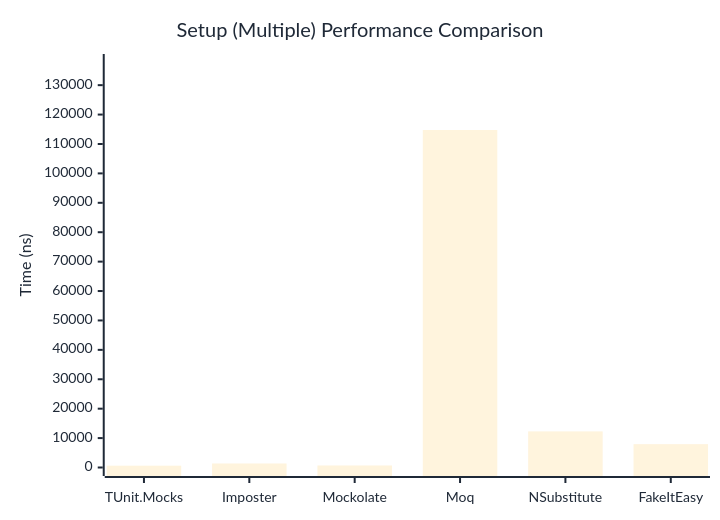
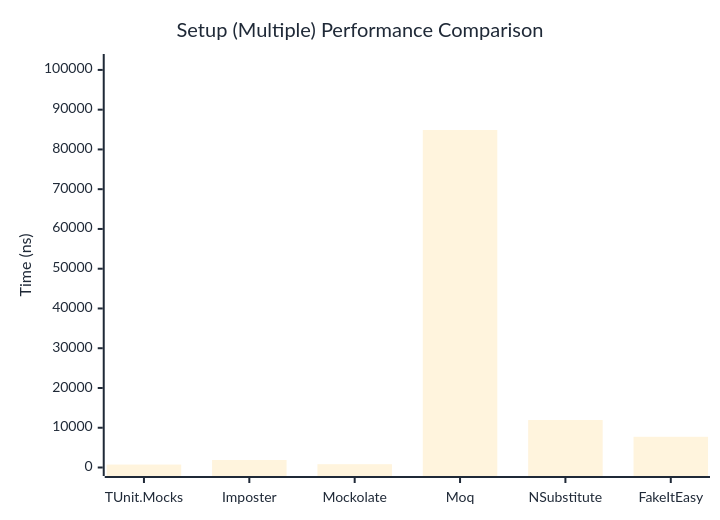
The second of 2 diagrams in docs/docs/benchmarks/mocks/Setup.md (thomhurst/TUnit), drawn with Mermaid before and after one commit. The commit also changed other lines of this file and 14 other files, not shown here.

````diff
--- a/docs/docs/benchmarks/mocks/Setup.md
+++ b/docs/docs/benchmarks/mocks/Setup.md
@@ -69,27 +69,27 @@
 ```mermaid
 %%{init: {
   'theme':'base',
   'themeVariables': {
     'primaryColor': '#2563eb',
     'primaryTextColor': '#1f2937',
     'primaryBorderColor': '#1e40af',
     'lineColor': '#6b7280',
     'secondaryColor': '#7c3aed',
     'tertiaryColor': '#dc2626',
     'background': '#ffffff',
     'pie1': '#2563eb',
     'pie2': '#7c3aed',
     'pie3': '#dc2626',
     'pie4': '#f59e0b',
     'pie5': '#10b981',
     'pie6': '#06b6d4',
     'pie7': '#ec4899',
     'pie8': '#6366f1'
   }
 }}%%
 xychart-beta
   title "Setup (Multiple) Performance Comparison"
   x-axis ["TUnit.Mocks", "Imposter", "Mockolate", "Moq", "NSubstitute", "FakeItEasy"]
-  y-axis "Time (ns)" 0 --> 137705
-  bar [619, 1370.3, 691.1, 114753.7, 12279.2, 7934.9]
+  y-axis "Time (ns)" 0 --> 101865
+  bar [736.3, 1889.5, 832, 84886.7, 11939.5, 7725.6]
 ```
````
